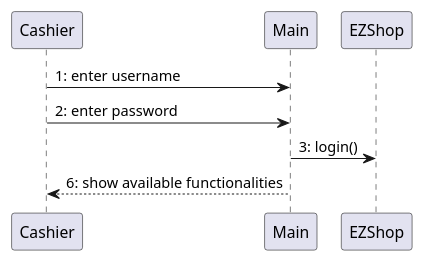
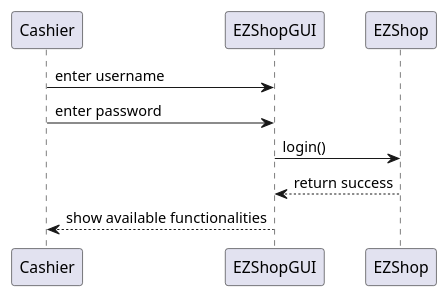
The eighth of 13 diagrams in Deliverables/DesignDocument.md (polito-se2-21-r03/se1-ezshop), drawn with PlantUML before and after one commit. The commit also changed other lines of this file, not shown here.

Commit message:
Fix sequence diagrams 5 and 6

````diff
--- a/Deliverables/DesignDocument.md
+++ b/Deliverables/DesignDocument.md
@@ -413,6 +413,7 @@
 ```plantuml
-"Cashier" -> "Main": 1: enter username
-"Cashier" -> "Main": 2: enter password
-"Main" -> "EZShop": 3: login()
-"Cashier" <-- "Main": 6: show available functionalities
+"Cashier" -> "EZShopGUI": enter username
+"Cashier" -> "EZShopGUI": enter password
+"EZShopGUI" -> "EZShop": login()
+"EZShopGUI" <-- "EZShop": return success
+"Cashier" <-- "EZShopGUI": show available functionalities
 ```
````
